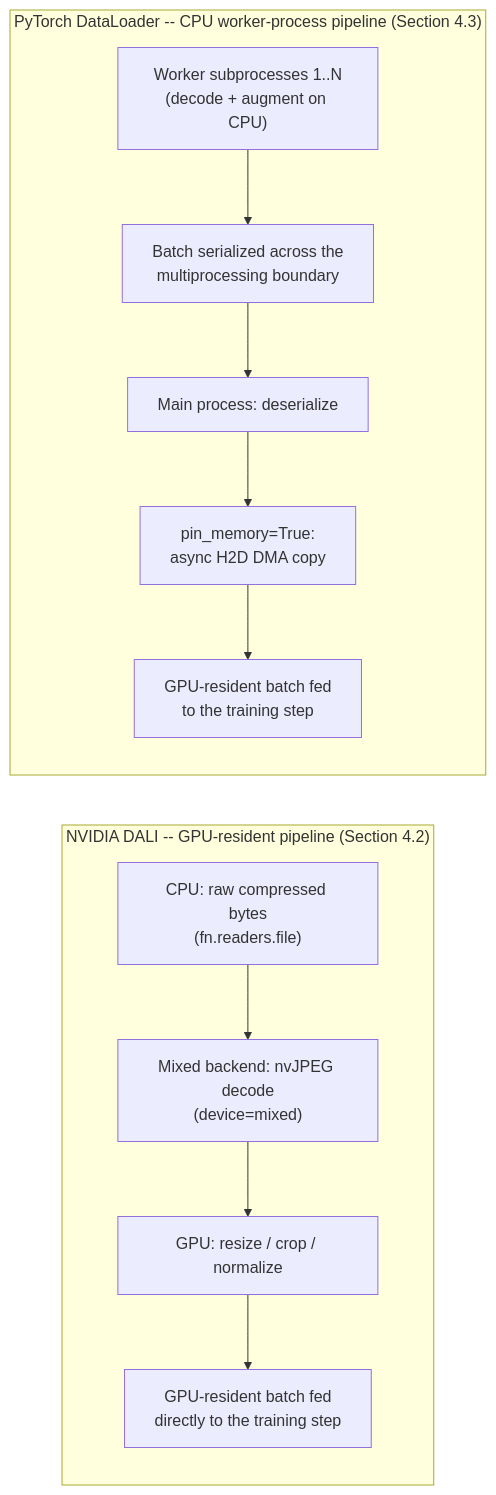
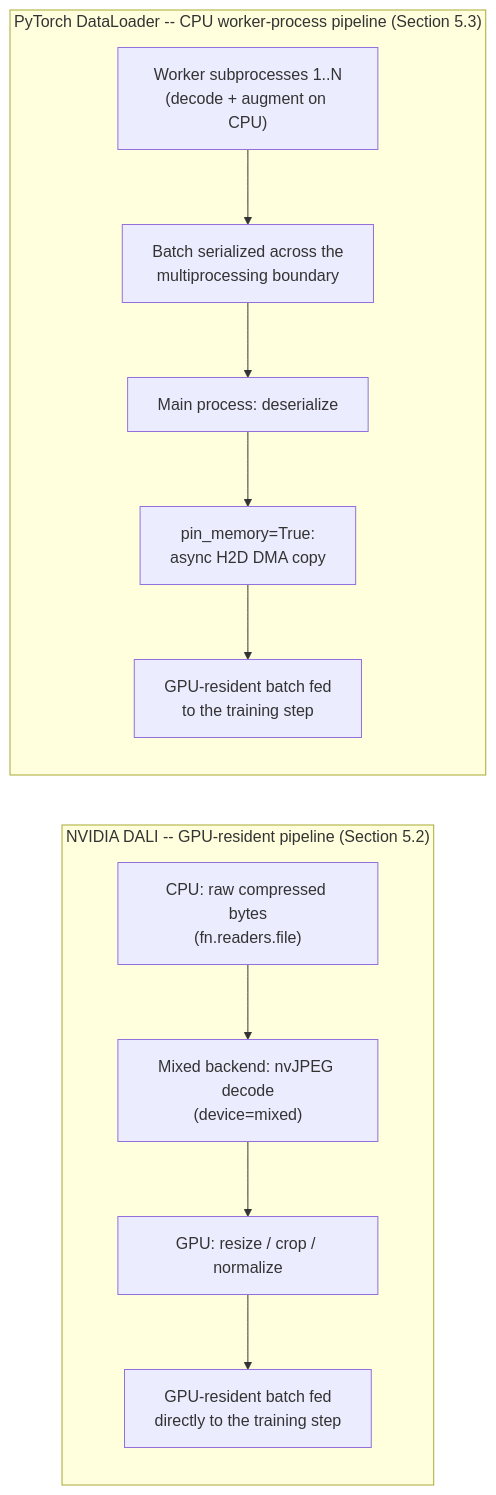
The seventh of 9 diagrams in chapters/part-20-ai-inference/ch249-distributed-training-infrastructure.md (jreuben11/linux-graphics-stack-book), drawn with Mermaid before and after one commit. The commit also changed other lines of this file, not shown here.

````diff
--- a/chapters/part-20-ai-inference/ch249-distributed-training-infrastructure.md
+++ b/chapters/part-20-ai-inference/ch249-distributed-training-infrastructure.md
@@ -601,14 +813,14 @@
 ```mermaid
 graph LR
-    subgraph "NVIDIA DALI -- GPU-resident pipeline (Section 4.2)"
+    subgraph "NVIDIA DALI -- GPU-resident pipeline (Section 5.2)"
         D1["CPU: raw compressed bytes\n(fn.readers.file)"] --> D2["Mixed backend: nvJPEG decode\n(device=mixed)"]
         D2 --> D3["GPU: resize / crop / normalize"]
         D3 --> D4["GPU-resident batch fed\ndirectly to the training step"]
     end
-    subgraph "PyTorch DataLoader -- CPU worker-process pipeline (Section 4.3)"
+    subgraph "PyTorch DataLoader -- CPU worker-process pipeline (Section 5.3)"
         L1["Worker subprocesses 1..N\n(decode + augment on CPU)"] --> L2["Batch serialized across the\nmultiprocessing boundary"]
         L2 --> L3["Main process: deserialize"]
         L3 --> L4["pin_memory=True:\nasync H2D DMA copy"]
         L4 --> L5["GPU-resident batch fed\nto the training step"]
     end
 ```
````
